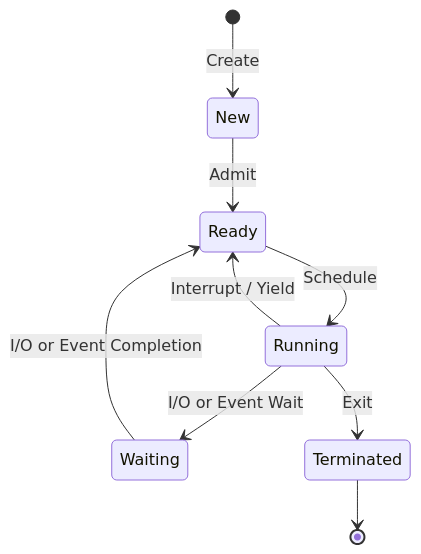
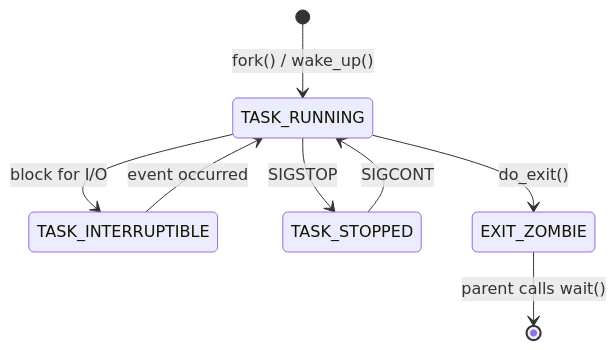
The diagram in docs/cs/os/02-process-management.mdx (YiWang24/AiDIY), drawn with Mermaid before and after one commit. The commit also changed other lines of this file and 26 other files, not shown here.

````diff
--- a/docs/cs/os/02-process-management.mdx
+++ b/docs/cs/os/02-process-management.mdx
@@ -18,11 +50,10 @@
 ```mermaid
 stateDiagram-v2
-    [*] --> New: Create
-    New --> Ready: Admit
-    Ready --> Running: Schedule
-    Running --> Ready: Interrupt / Yield
-    Running --> Waiting: I/O or Event Wait
-    Waiting --> Ready: I/O or Event Completion
-    Running --> Terminated: Exit
-    Terminated --> [*]
+    [*] --> TASK_RUNNING: fork() / wake_up()
+    TASK_RUNNING --> TASK_INTERRUPTIBLE: block for I/O
+    TASK_INTERRUPTIBLE --> TASK_RUNNING: event occurred
+    TASK_RUNNING --> TASK_STOPPED: SIGSTOP
+    TASK_STOPPED --> TASK_RUNNING: SIGCONT
+    TASK_RUNNING --> EXIT_ZOMBIE: do_exit()
+    EXIT_ZOMBIE --> [*]: parent calls wait()
 ```
````
